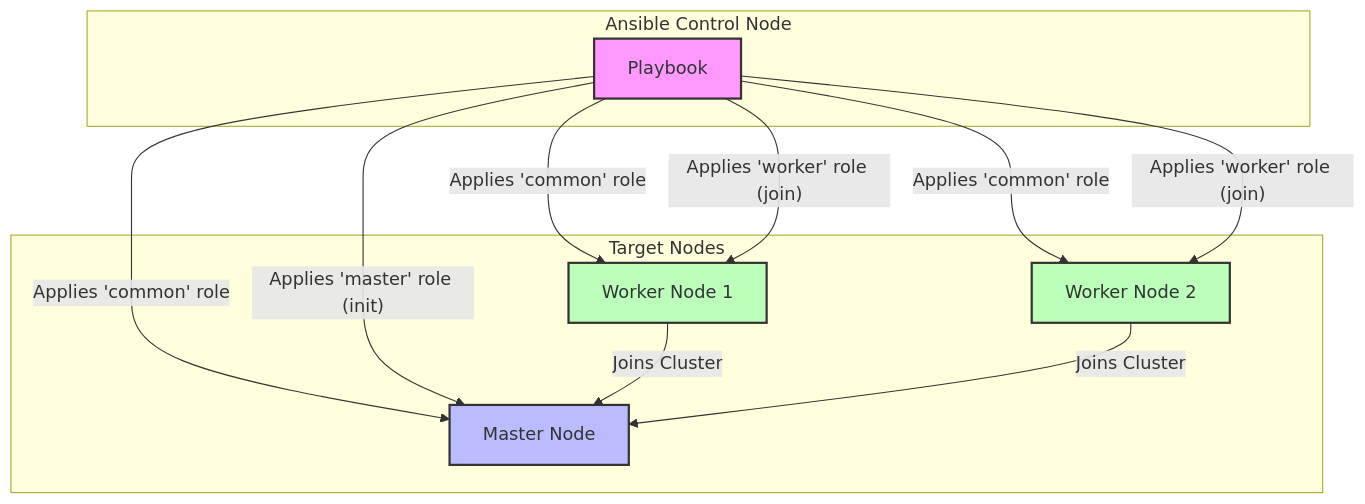
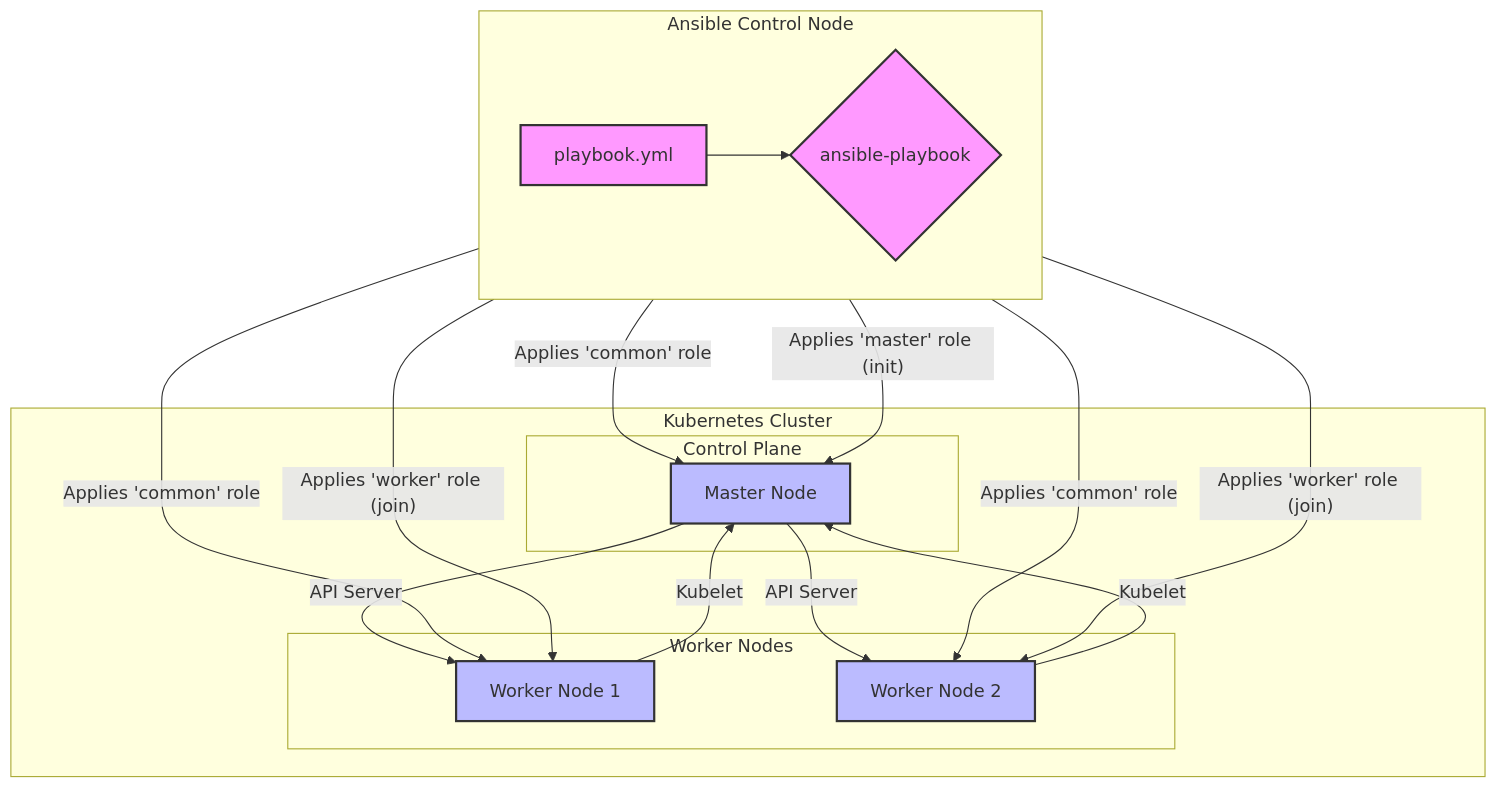
Before and after one commit to kofta999/k8s-on-ansible: the diagram in README.md, drawn with Mermaid. The commit also changed other lines of this file and 3 other files, not shown here.

````diff
--- a/README.md
+++ b/README.md
@@ -7,28 +9,35 @@
 ```mermaid
 graph TD
     subgraph "Ansible Control Node"
-        P[Playbook]
+        direction LR
+        A[playbook.yml] --> B{ansible-playbook};
     end
 
-    subgraph "Target Nodes"
-        M[Master Node]
-        W1[Worker Node 1]
-        W2[Worker Node 2]
+    subgraph "Kubernetes Cluster"
+        subgraph "Control Plane"
+            M[Master Node];
+        end
+        subgraph "Worker Nodes"
+            W1[Worker Node 1];
+            W2[Worker Node 2];
+        end
+
+        M -- "API Server" --> W1;
+        M -- "API Server" --> W2;
+        W1 -- "Kubelet" --> M;
+        W2 -- "Kubelet" --> M;
     end
 
-    P -- "Applies 'common' role" --> M
-    P -- "Applies 'common' role" --> W1
-    P -- "Applies 'common' role" --> W2
+    B -- "Applies 'common' role" --> M;
+    B -- "Applies 'common' role" --> W1;
+    B -- "Applies 'common' role" --> W2;
 
-    P -- "Applies 'master' role (init)" --> M
-    P -- "Applies 'worker' role (join)" --> W1
-    P -- "Applies 'worker' role (join)" --> W2
+    B -- "Applies 'master' role (init)" --> M;
+    B -- "Applies 'worker' role (join)" --> W1;
+    B -- "Applies 'worker' role (join)" --> W2;
 
-    W1 -- "Joins Cluster" --> M
-    W2 -- "Joins Cluster" --> M
-
-    style P fill:#f9f,stroke:#333,stroke-width:2px
-    style M fill:#bbf,stroke:#333,stroke-width:2px
-    style W1 fill:#bfb,stroke:#333,stroke-width:2px
-    style W2 fill:#bfb,stroke:#333,stroke-width:2px
+    classDef ansible fill:#f9f,stroke:#333,stroke-width:2px;
+    classDef k8s fill:#bbf,stroke:#333,stroke-width:2px;
+    class A,B ansible;
+    class M,W1,W2 k8s;
 ```
````
